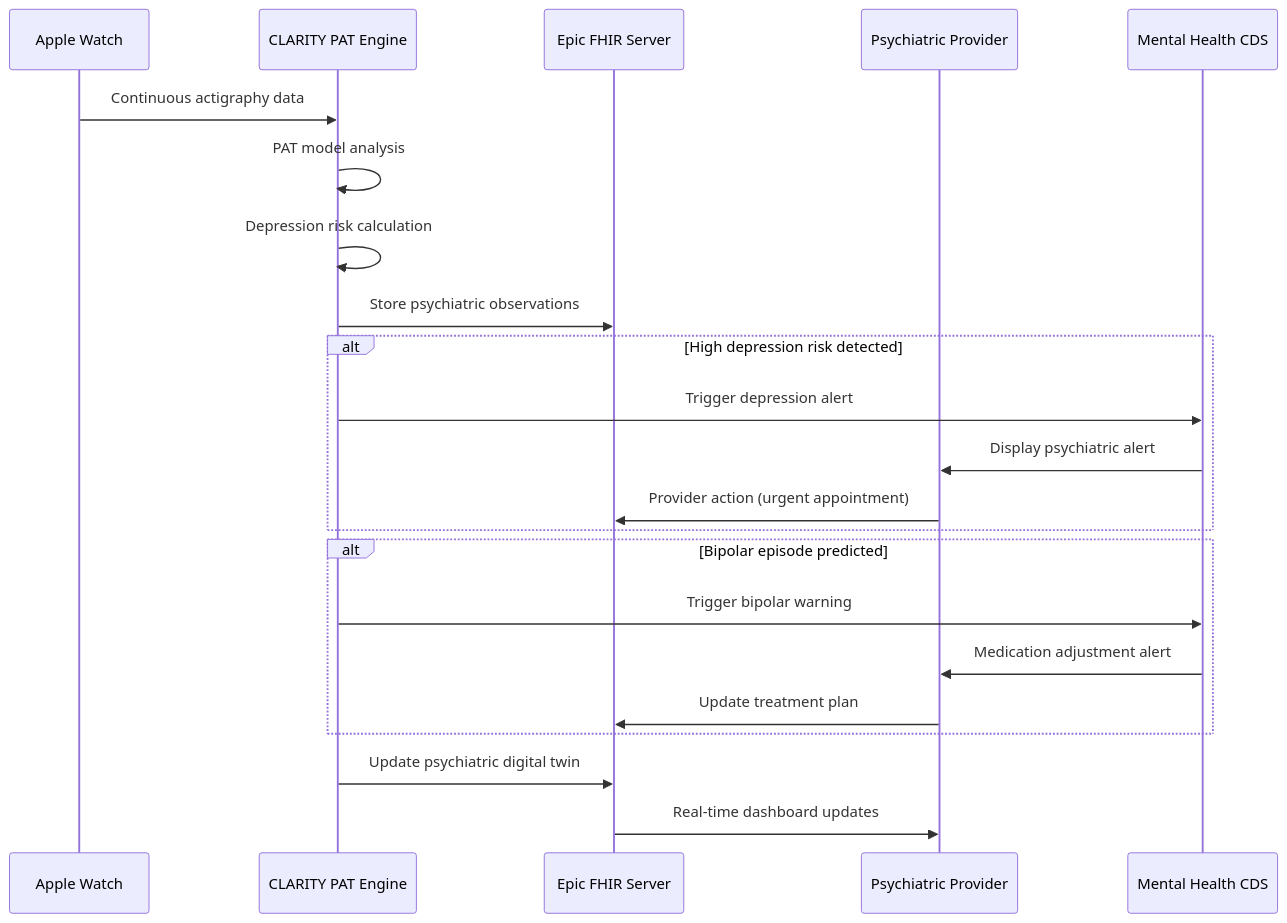
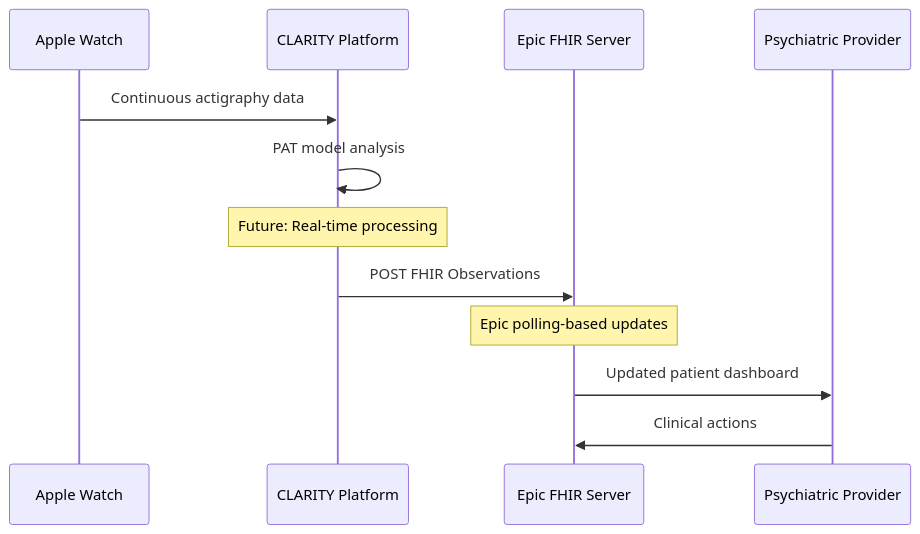
The second of 2 diagrams in EPIC_INTEGRATION.md (Clairty-Digital-Twin/clarity-loop-backend), drawn with Mermaid before and after one commit. The commit also changed other lines of this file and 1 other file, not shown here.

First line of the commit message:
docs: Update contributing guidelines and EPIC integration roadmap

````diff
--- a/EPIC_INTEGRATION.md
+++ b/EPIC_INTEGRATION.md
@@ -294,28 +195,15 @@
 ```mermaid
 sequenceDiagram
     participant W as Apple Watch
-    participant C as CLARITY PAT Engine
+    participant C as CLARITY Platform
     participant E as Epic FHIR Server
     participant P as Psychiatric Provider
-    participant CDS as Mental Health CDS
     
     W->>C: Continuous actigraphy data
     C->>C: PAT model analysis
-    C->>C: Depression risk calculation
-    C->>E: Store psychiatric observations
-    
-    alt High depression risk detected
-        C->>CDS: Trigger depression alert
-        CDS->>P: Display psychiatric alert
-        P->>E: Provider action (urgent appointment)
-    end
-    
-    alt Bipolar episode predicted
-        C->>CDS: Trigger bipolar warning
-        CDS->>P: Medication adjustment alert
-        P->>E: Update treatment plan
-    end
-    
-    C->>E: Update psychiatric digital twin
-    E->>P: Real-time dashboard updates
+    Note over C: Future: Real-time processing
+    C->>E: POST FHIR Observations
+    Note over E: Epic polling-based updates
+    E->>P: Updated patient dashboard
+    P->>E: Clinical actions
 ```
````
